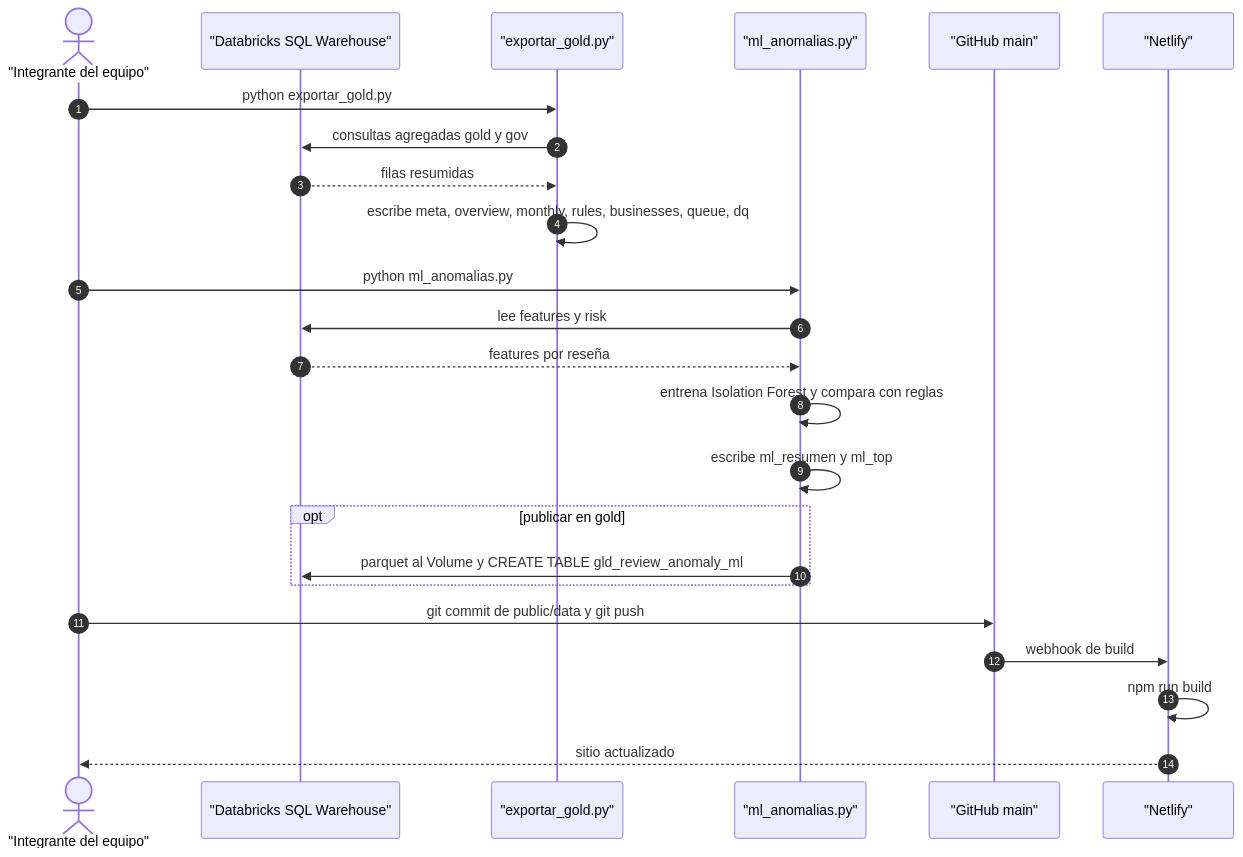
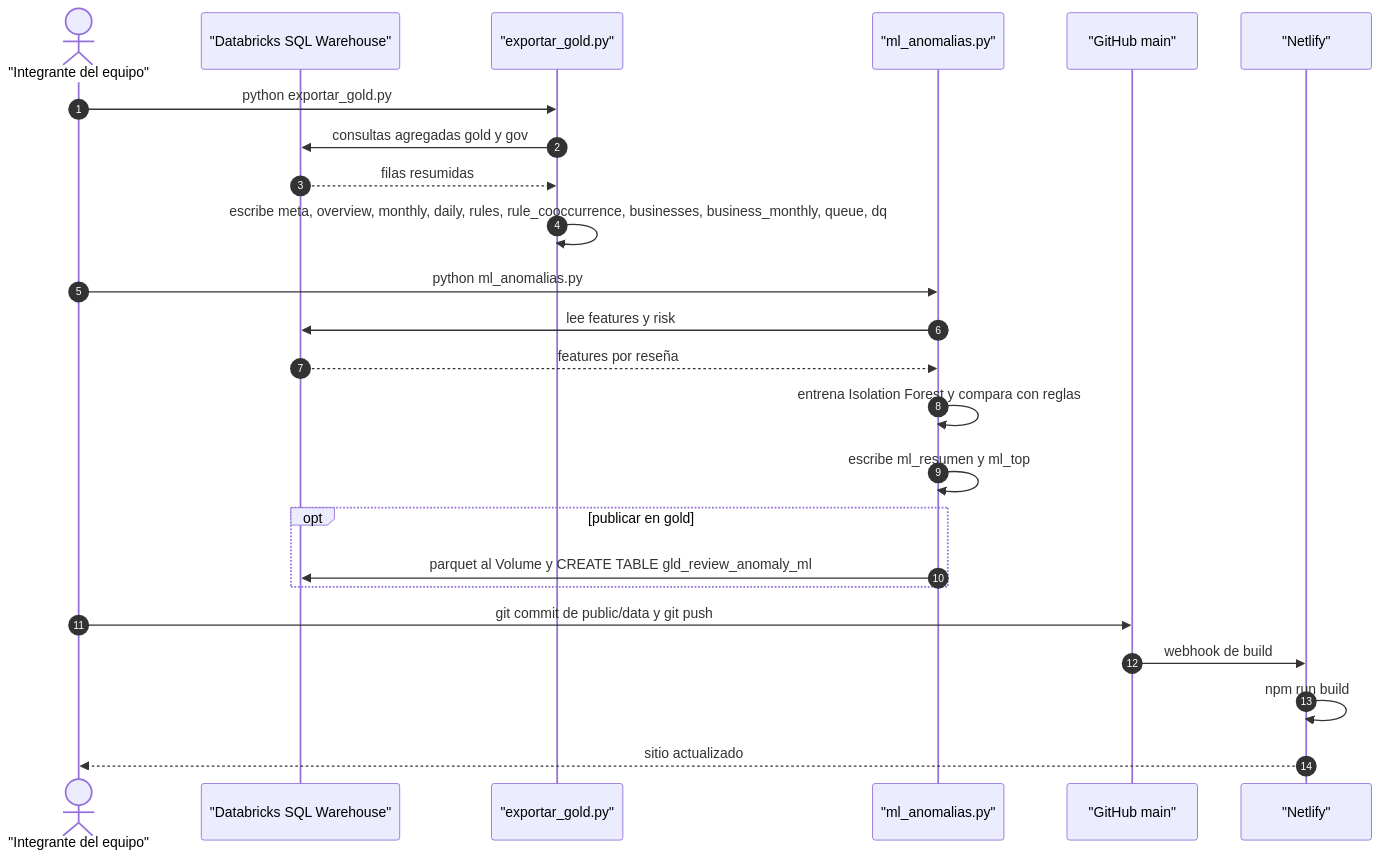
The second of 2 diagrams in ARQUITECTURA_DASHBOARD_ML.md (utecgrupo52026/capstone-grupo05-yelpconnect), drawn with Mermaid before and after one commit. The commit also changed other lines of this file and 16 other files, not shown here.

````diff
--- a/ARQUITECTURA_DASHBOARD_ML.md
+++ b/ARQUITECTURA_DASHBOARD_ML.md
@@ -84,27 +102,27 @@
 ```mermaid
 sequenceDiagram
     autonumber
     actor Dev as "Integrante del equipo"
     participant WH as "Databricks SQL Warehouse"
     participant EXP as "exportar_gold.py"
     participant ML as "ml_anomalias.py"
     participant GH as "GitHub main"
     participant NET as "Netlify"
 
     Dev->>EXP: python exportar_gold.py
     EXP->>WH: consultas agregadas gold y gov
     WH-->>EXP: filas resumidas
-    EXP->>EXP: escribe meta, overview, monthly, rules, businesses, queue, dq
+    EXP->>EXP: escribe meta, overview, monthly, daily, rules, rule_cooccurrence, businesses, business_monthly, queue, dq
     Dev->>ML: python ml_anomalias.py
     ML->>WH: lee features y risk
     WH-->>ML: features por reseña
     ML->>ML: entrena Isolation Forest y compara con reglas
     ML->>ML: escribe ml_resumen y ml_top
     opt publicar en gold
         ML->>WH: parquet al Volume y CREATE TABLE gld_review_anomaly_ml
     end
     Dev->>GH: git commit de public/data y git push
     GH->>NET: webhook de build
     NET->>NET: npm run build
     NET-->>Dev: sitio actualizado
 ```
````
